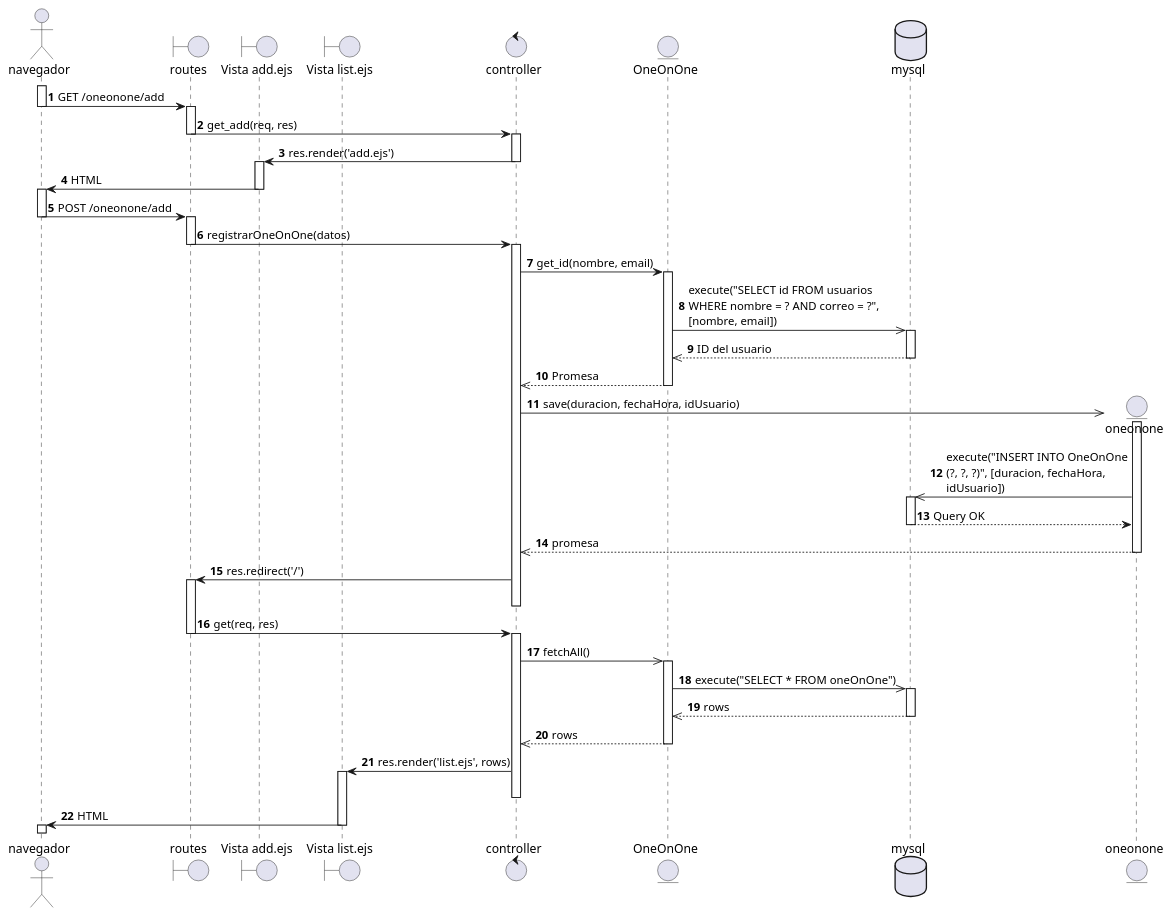
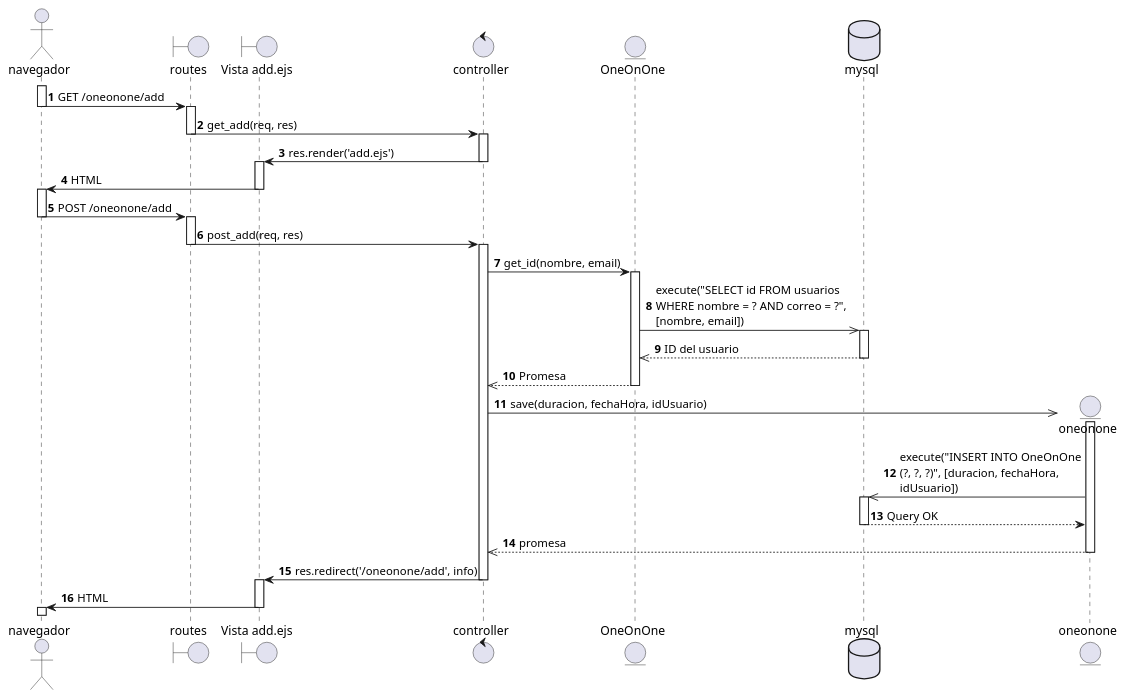
Before and after one commit to EdCanCe/WorkCells: the diagram in diagrams/Casos de Uso/yael req fun/Diagramas de Secuencia/registrarFechaOneOnOne.puml, drawn with PlantUML. The commit also changed 3 other files, not shown here.

Commit message:
Update: Diagramas de secuencia actualizados para absence y oneToOne

```diff
--- a/diagrams/Casos de Uso/yael req fun/Diagramas de Secuencia/registrarFechaOneOnOne.puml
+++ b/diagrams/Casos de Uso/yael req fun/Diagramas de Secuencia/registrarFechaOneOnOne.puml
@@ -1,78 +1,61 @@
 @startuml
 
 actor navegador
 boundary routes
 boundary "Vista add.ejs" as add
-boundary "Vista list.ejs" as list
 control controller
 
 autonumber
 activate navegador
 navegador -> routes: GET /oneonone/add
 deactivate navegador
 activate routes
 routes -> controller: get_add(req, res)
 deactivate routes
 activate controller
 controller -> add: res.render('add.ejs')
 deactivate controller
 activate add
 add -> navegador: HTML
 deactivate add
 
 activate navegador
 navegador -> routes: POST /oneonone/add
 deactivate navegador
 activate routes
-routes -> controller: registrarOneOnOne(datos)
+routes -> controller: post_add(req, res)
 deactivate routes
 
 
 entity OneOnOne
 database mysql
 
 activate controller
 controller -> OneOnOne: get_id(nombre, email)
 activate OneOnOne
 OneOnOne ->> mysql: execute("SELECT id FROM usuarios \nWHERE nombre = ? AND correo = ?", \n[nombre, email])
 activate mysql
 mysql -->> OneOnOne: ID del usuario
 deactivate mysql
 OneOnOne -->> controller: Promesa
 deactivate OneOnOne
 
 create entity oneonone
 
 controller ->> oneonone: save(duracion, fechaHora, idUsuario)
 activate oneonone
 oneonone ->> mysql: execute("INSERT INTO OneOnOne \n(?, ?, ?)", [duracion, fechaHora, \nidUsuario])
 activate mysql
 mysql --> oneonone: Query OK
 deactivate mysql
 oneonone -->> controller: promesa
 deactivate oneonone
 
-controller -> routes: res.redirect('/')
-activate routes
+controller -> add: res.redirect('/oneonone/add', info)
 deactivate controller
-routes -> controller: get(req, res)
-deactivate routes
-
-activate controller
-controller ->> OneOnOne: fetchAll()
-
-activate OneOnOne
-OneOnOne ->> mysql: execute("SELECT * FROM oneOnOne")
-activate mysql
-mysql -->> OneOnOne: rows
-deactivate mysql
-OneOnOne -->> controller: rows
-deactivate OneOnOne
-controller -> list: res.render('list.ejs', rows)
-activate list
-deactivate controller
-list -> navegador: HTML
-deactivate list
+activate add
+add -> navegador: HTML
+deactivate add
 activate navegador
 
 @enduml
```
